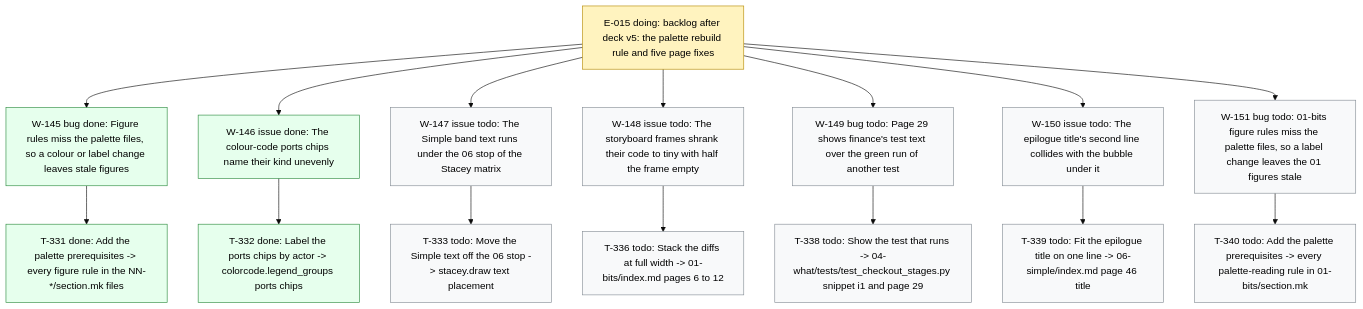
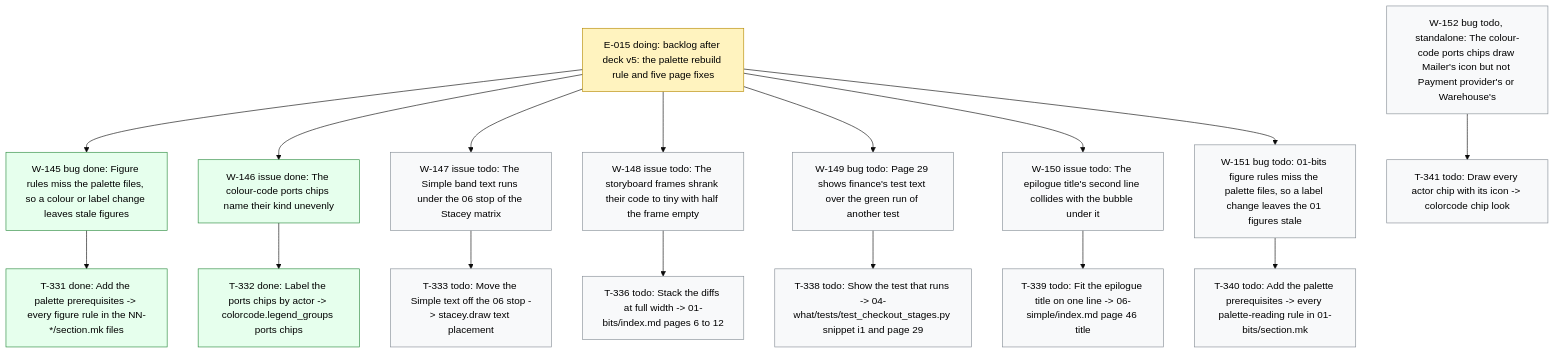
One commit to dpopchev/chaos-to-simple changed the diagram in .board/BOARD.md. Above: the diagram before and after it, drawn with Mermaid (base theme). The commit also changed other lines of this file and 3 other files, not shown here.

````diff
--- a/.board/BOARD.md
+++ b/.board/BOARD.md
@@ -860,26 +861,28 @@
 ```mermaid
 flowchart TD
   E015["E-015 doing: backlog after deck v5: the palette rebuild rule and five page fixes"]
   E015 --> W145["W-145 bug done: Figure rules miss the palette files, so a colour or label change leaves stale figures"]
   W145 --> T331["T-331 done: Add the palette prerequisites -> every figure rule in the NN-*/section.mk files"]
   E015 --> W146["W-146 issue done: The colour-code ports chips name their kind unevenly"]
   W146 --> T332["T-332 done: Label the ports chips by actor -> colorcode.legend_groups ports chips"]
   E015 --> W147["W-147 issue todo: The Simple band text runs under the 06 stop of the Stacey matrix"]
   W147 --> T333["T-333 todo: Move the Simple text off the 06 stop -> stacey.draw text placement"]
   E015 --> W148["W-148 issue todo: The storyboard frames shrank their code to tiny with half the frame empty"]
   W148 --> T336["T-336 todo: Stack the diffs at full width -> 01-bits/index.md pages 6 to 12"]
   E015 --> W149["W-149 bug todo: Page 29 shows finance's test text over the green run of another test"]
   W149 --> T338["T-338 todo: Show the test that runs -> 04-what/tests/test_checkout_stages.py snippet i1 and page 29"]
   E015 --> W150["W-150 issue todo: The epilogue title's second line collides with the bubble under it"]
   W150 --> T339["T-339 todo: Fit the epilogue title on one line -> 06-simple/index.md page 46 title"]
   E015 --> W151["W-151 bug todo: 01-bits figure rules miss the palette files, so a label change leaves the 01 figures stale"]
   W151 --> T340["T-340 todo: Add the palette prerequisites -> every palette-reading rule in 01-bits/section.mk"]
+  W152["W-152 bug todo, standalone: The colour-code ports chips draw Mailer's icon but not Payment provider's or Warehouse's"]
+  W152 --> T341["T-341 todo: Draw every actor chip with its icon -> colorcode chip look"]
   classDef doing fill:#fff3bf,stroke:#b58900,color:#000;
   classDef blocked fill:#ffe3e3,stroke:#c92a2a,color:#000;
   classDef done fill:#e6ffed,stroke:#2b8a3e,color:#000;
   classDef todo fill:#f8f9fa,stroke:#868e96,color:#000;
   classDef pruned fill:#f1f3f5,stroke:#adb5bd,color:#000;
   class E015 doing
   class W145,T331,W146,T332 done
-  class W147,T333,W148,T336,W149,T338,W150,T339,W151,T340 todo
+  class W147,T333,W148,T336,W149,T338,W150,T339,W151,T340,W152,T341 todo
 ```
````
